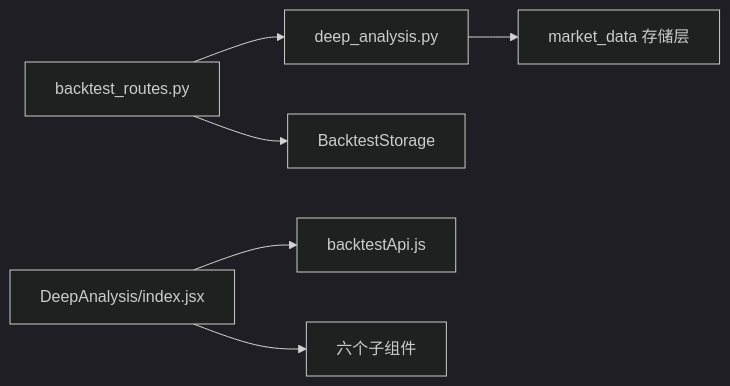
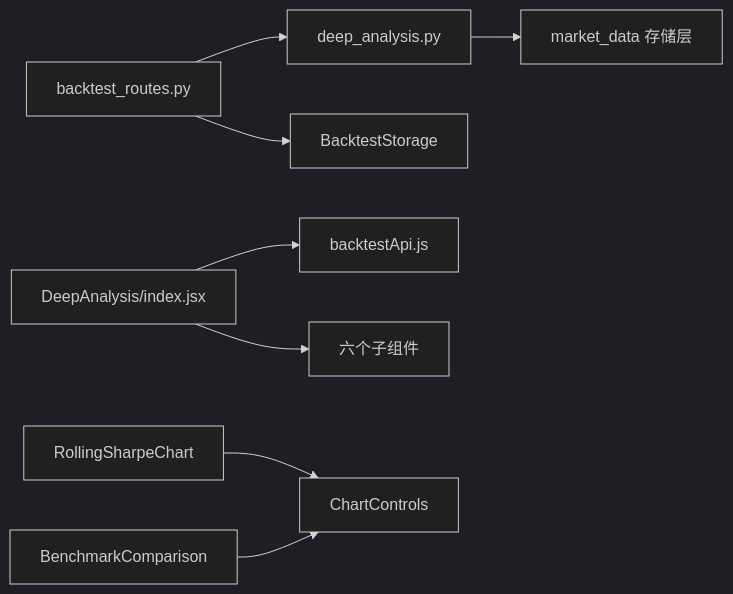
The seventh of 7 diagrams in .qoder/repowiki/zh/content/核心功能详解/深度分析功能.md (faryhuo/backtrader), drawn with Mermaid (dark theme) before and after one commit. The commit also changed other lines of this file and 28 other files, not shown here.

````diff
--- a/.qoder/repowiki/zh/content/核心功能详解/深度分析功能.md
+++ b/.qoder/repowiki/zh/content/核心功能详解/深度分析功能.md
@@ -310,8 +337,10 @@
 ```mermaid
 graph LR
 RT["backtest_routes.py"] --> SA["deep_analysis.py"]
 RT --> ST["BacktestStorage"]
 SA --> MD["market_data 存储层"]
 FE["DeepAnalysis/index.jsx"] --> API["backtestApi.js"]
 FE --> Sub["六个子组件"]
+RS["RollingSharpeChart"] --> CC["ChartControls"]
+BC["BenchmarkComparison"] --> CC["ChartControls"]
 ```
````
